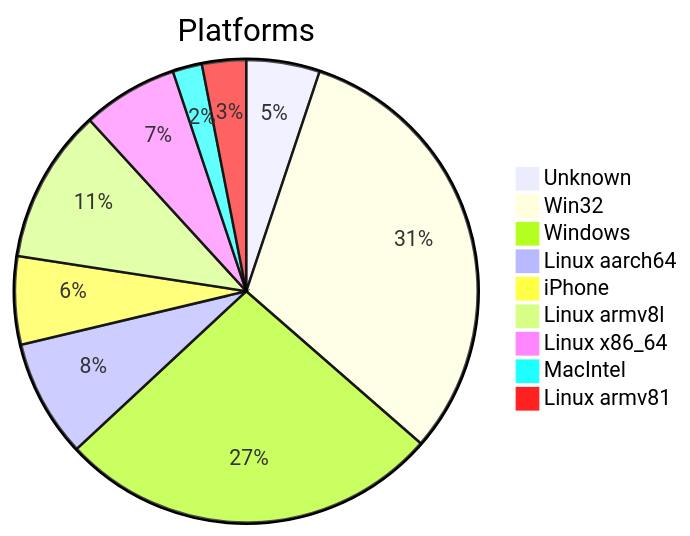
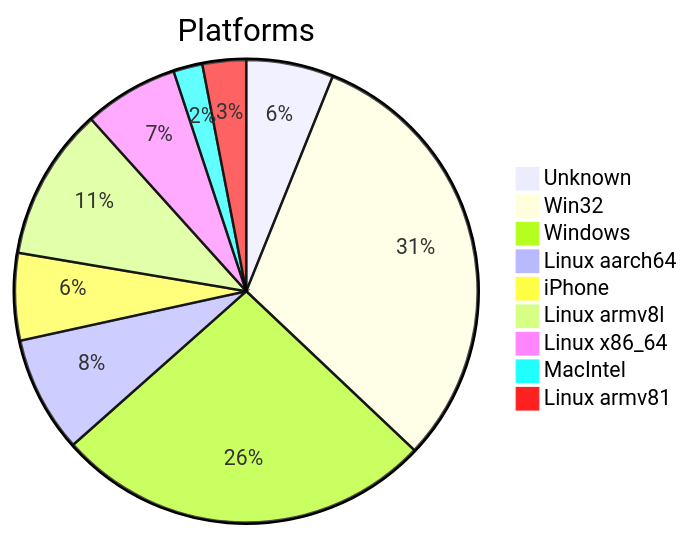
Before and after one commit to Krugou/socials: the first of 2 diagrams in DATA_REPORT.md, drawn with Mermaid. The commit also changed other lines of this file and 2 other files, not shown here.

````diff
--- a/DATA_REPORT.md
+++ b/DATA_REPORT.md
@@ -9,12 +9,12 @@
 ```mermaid
 pie title Platforms
-    "Unknown" : 10
+    "Unknown" : 12
     "Win32" : 61
     "Windows" : 52
     "Linux aarch64" : 16
     "iPhone" : 12
     "Linux armv8l" : 21
     "Linux x86_64" : 13
     "MacIntel" : 4
     "Linux armv81" : 6
 ```
````
